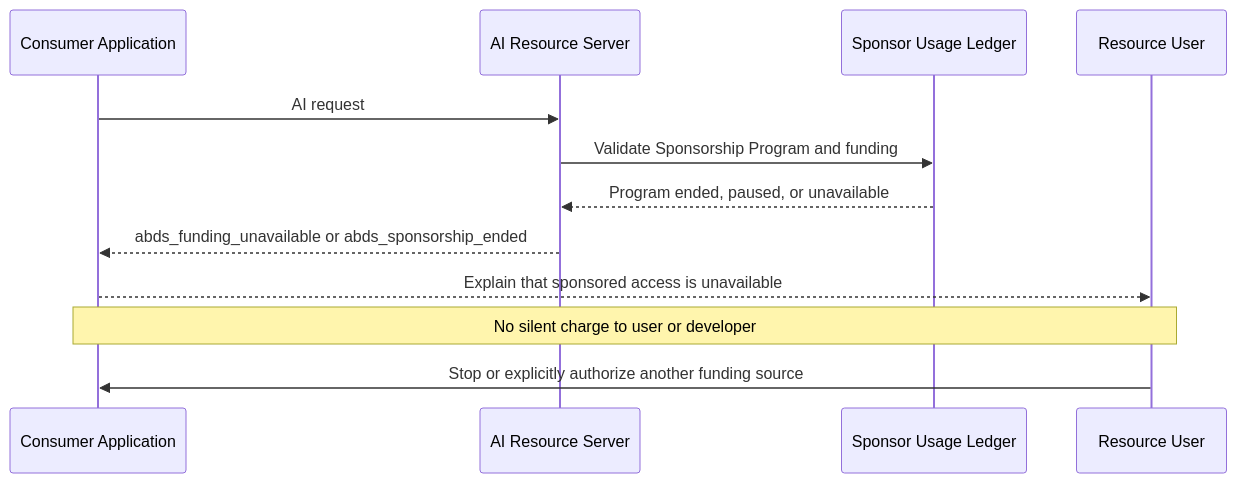
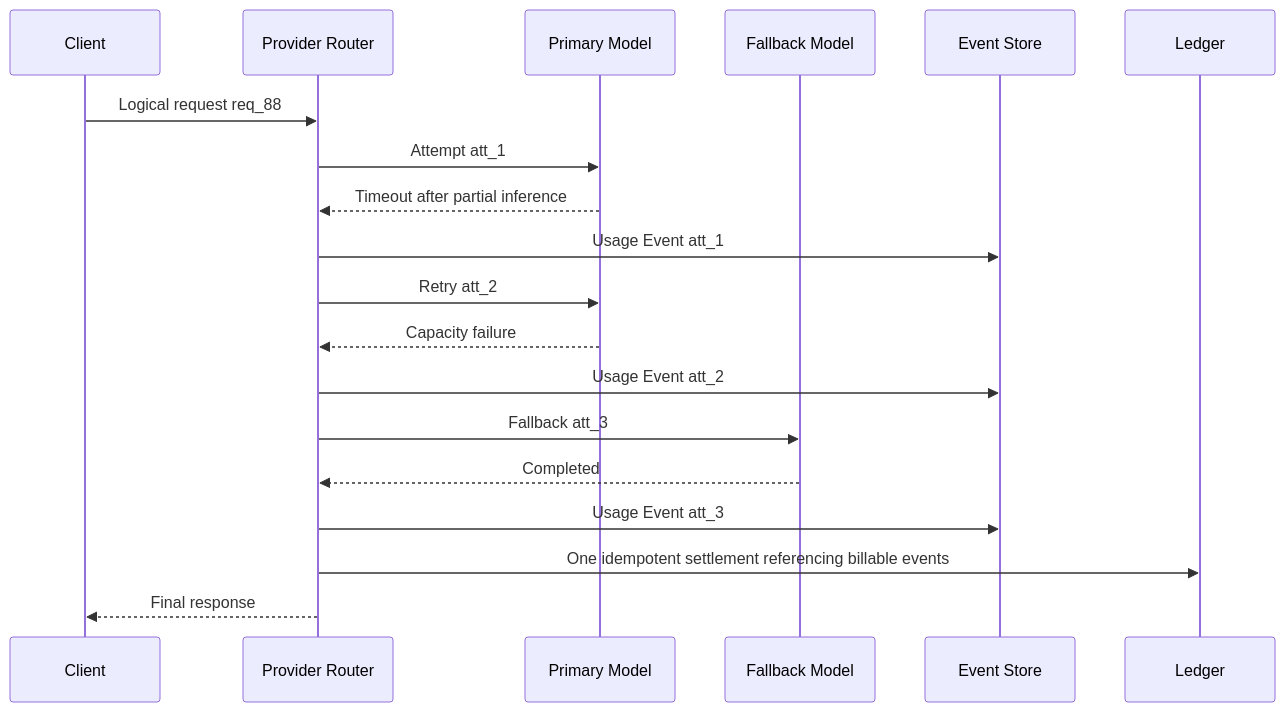
Before and after one commit to MJohnstonAI/ai-billing-delegation: the ninth of 11 diagrams in FLOWS.md, drawn with Mermaid. The commit also changed other lines of this file, not shown here.

Commit message:
docs: replace legacy diagrams with ABDS v0.5 flows

````diff
--- a/FLOWS.md
+++ b/FLOWS.md
@@ -86,15 +174,22 @@
 ```mermaid
 sequenceDiagram
-    participant A as Consumer Application
-    participant API as AI Resource Server
-    participant L as Sponsor Usage Ledger
-    participant U as Resource User
+    participant A as Client
+    participant R as Provider Router
+    participant P1 as Primary Model
+    participant P2 as Fallback Model
+    participant E as Event Store
+    participant L as Ledger
 
-    A->>API: AI request
-    API->>L: Validate Sponsorship Program and funding
-    L-->>API: Program ended, paused, or unavailable
-    API-->>A: abds_funding_unavailable or abds_sponsorship_ended
-    A-->>U: Explain that sponsored access is unavailable
-    Note over A,U: No silent charge to user or developer
-    U->>A: Stop or explicitly authorize another funding source
+    A->>R: Logical request req_88
+    R->>P1: Attempt att_1
+    P1-->>R: Timeout after partial inference
+    R->>E: Usage Event att_1
+    R->>P1: Retry att_2
+    P1-->>R: Capacity failure
+    R->>E: Usage Event att_2
+    R->>P2: Fallback att_3
+    P2-->>R: Completed
+    R->>E: Usage Event att_3
+    R->>L: One idempotent settlement referencing billable events
+    R-->>A: Final response
 ```
````
